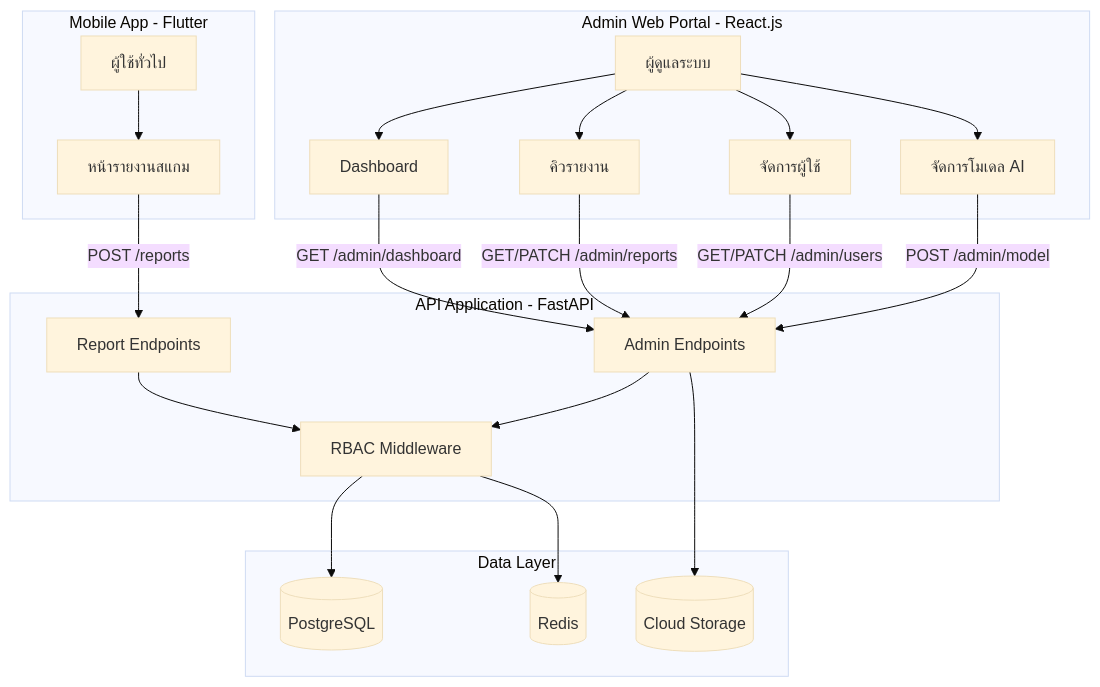
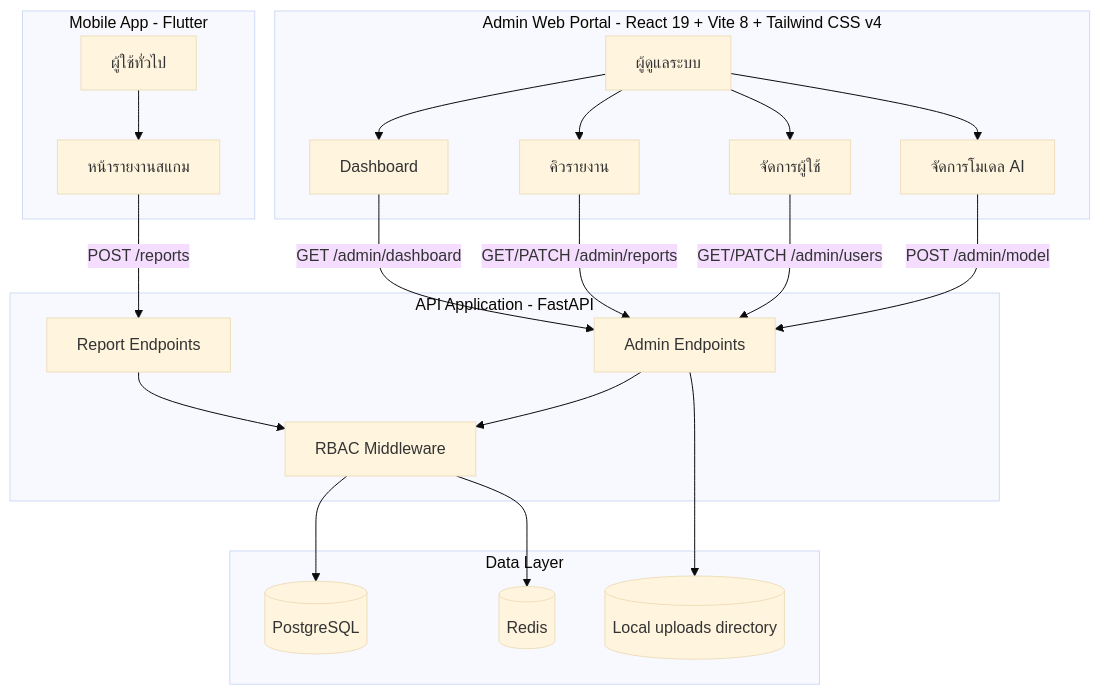
The first of 4 diagrams in Document/admin/admin.md (Panuwat-ta/project), drawn with Mermaid (base theme) before and after one commit. The commit also changed other lines of this file and 143 other files, not shown here.

First line of the commit message:
Update traceability matrix, use case diagram, and test cases documentation

````diff
--- a/Document/admin/admin.md
+++ b/Document/admin/admin.md
@@ -19,43 +19,43 @@
 ```mermaid
 flowchart TD
     subgraph MobileApp [Mobile App - Flutter]
         User[ผู้ใช้ทั่วไป]
         ReportForm[หน้ารายงานสแกม]
     end
 
-    subgraph AdminPortal [Admin Web Portal - React.js]
+    subgraph AdminPortal [Admin Web Portal - React 19 + Vite 8 + Tailwind CSS v4]
         Admin[ผู้ดูแลระบบ]
         Dashboard[Dashboard]
         ReportQueue[คิวรายงาน]
         UserMgmt[จัดการผู้ใช้]
         ModelMgmt[จัดการโมเดล AI]
     end
 
     subgraph Backend [API Application - FastAPI]
         ReportAPI[Report Endpoints]
         AdminAPI[Admin Endpoints]
         RBAC[RBAC Middleware]
     end
 
     subgraph Storage [Data Layer]
         DB[(PostgreSQL)]
         Cache[(Redis)]
-        ObjStore[(Cloud Storage)]
+        ObjStore[(Local uploads directory)]
     end
 
     User --> ReportForm
     ReportForm -->|POST /reports| ReportAPI
     Admin --> Dashboard
     Admin --> ReportQueue
     Admin --> UserMgmt
     Admin --> ModelMgmt
     Dashboard -->|GET /admin/dashboard| AdminAPI
     ReportQueue -->|GET/PATCH /admin/reports| AdminAPI
     UserMgmt -->|GET/PATCH /admin/users| AdminAPI
     ModelMgmt -->|POST /admin/model| AdminAPI
     ReportAPI --> RBAC
     AdminAPI --> RBAC
     RBAC --> DB
     RBAC --> Cache
     AdminAPI --> ObjStore
 ```
````
